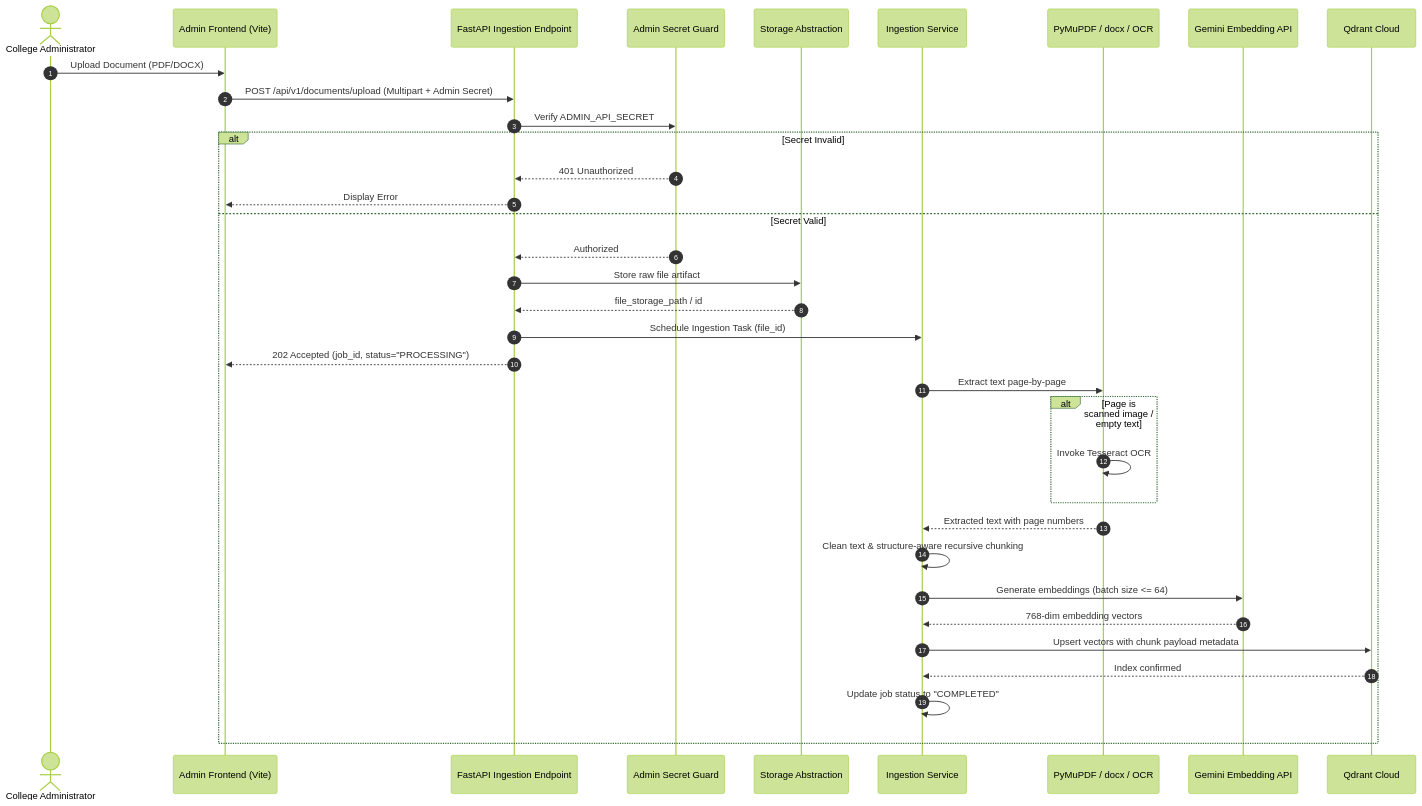
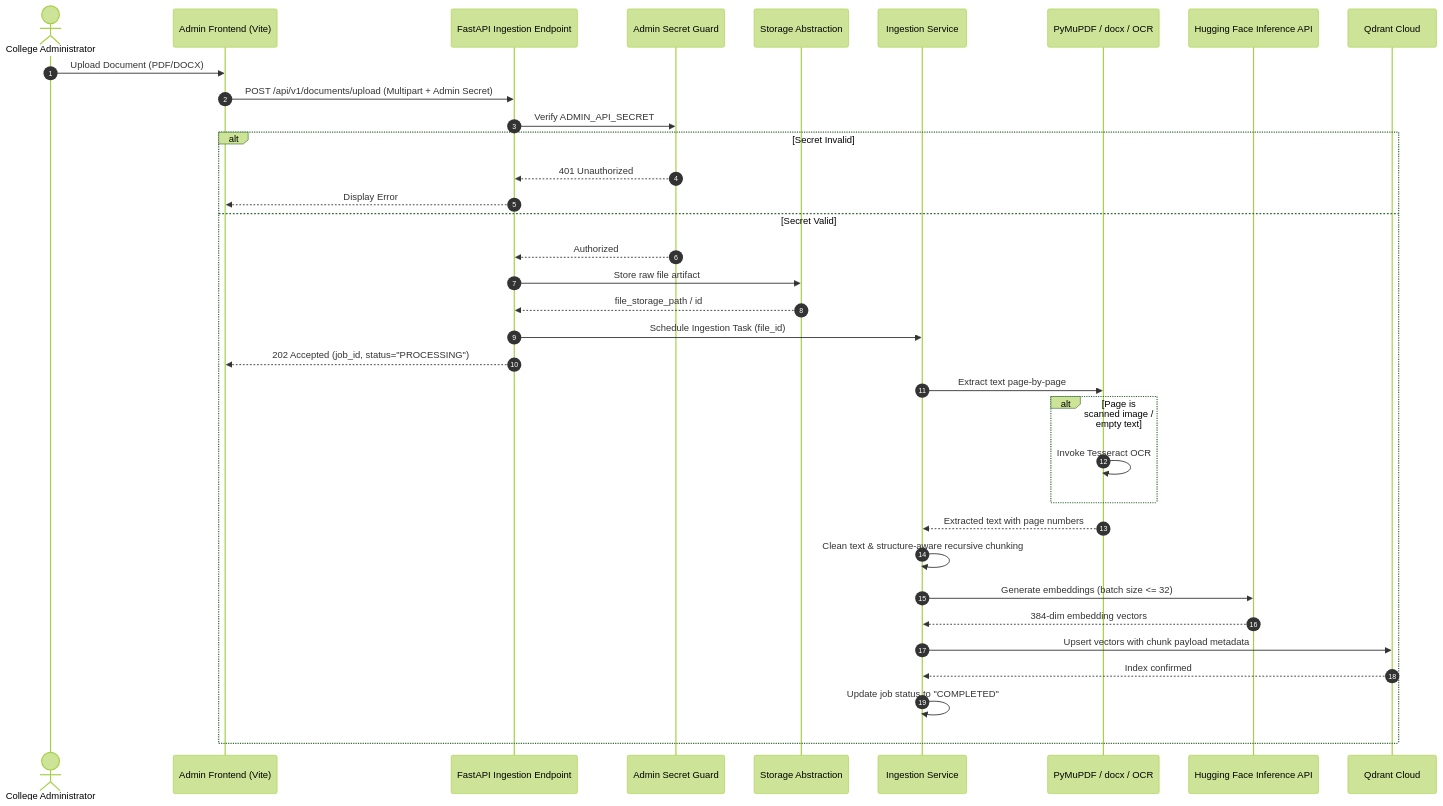
One commit to manmathk31/RAG-Based-College-Knowledge-Assistant changed the first of 2 diagrams in docs/architecture/DATA_FLOW.md. Above: the diagram before and after it, drawn with Mermaid (forest theme). The commit also changed other lines of this file and 29 other files, not shown here.

````diff
--- a/docs/architecture/DATA_FLOW.md
+++ b/docs/architecture/DATA_FLOW.md
@@ -13,41 +13,41 @@
 ```mermaid
 sequenceDiagram
     autonumber
     actor Admin as College Administrator
     participant AdminApp as Admin Frontend (Vite)
     participant API as FastAPI Ingestion Endpoint
     participant Guard as Admin Secret Guard
     participant Storage as Storage Abstraction
     participant Pipeline as Ingestion Service
     participant Extractor as PyMuPDF / docx / OCR
-    participant GeminiAPI as Gemini Embedding API
+    participant HFEmbed as Hugging Face Inference API
     participant Qdrant as Qdrant Cloud
 
     Admin->>AdminApp: Upload Document (PDF/DOCX)
     AdminApp->>API: POST /api/v1/documents/upload (Multipart + Admin Secret)
     API->>Guard: Verify ADMIN_API_SECRET
     alt Secret Invalid
         Guard-->>API: 401 Unauthorized
         API-->>AdminApp: Display Error
     else Secret Valid
         Guard-->>API: Authorized
         API->>Storage: Store raw file artifact
         Storage-->>API: file_storage_path / id
         API->>Pipeline: Schedule Ingestion Task (file_id)
         API-->>AdminApp: 202 Accepted (job_id, status="PROCESSING")
 
         Pipeline->>Extractor: Extract text page-by-page
         alt Page is scanned image / empty text
             Extractor->>Extractor: Invoke Tesseract OCR
         end
         Extractor-->>Pipeline: Extracted text with page numbers
 
         Pipeline->>Pipeline: Clean text & structure-aware recursive chunking
-        Pipeline->>GeminiAPI: Generate embeddings (batch size <= 64)
-        GeminiAPI-->>Pipeline: 768-dim embedding vectors
+        Pipeline->>HFEmbed: Generate embeddings (batch size <= 32)
+        HFEmbed-->>Pipeline: 384-dim embedding vectors
 
         Pipeline->>Qdrant: Upsert vectors with chunk payload metadata
         Qdrant-->>Pipeline: Index confirmed
         Pipeline->>Pipeline: Update job status to "COMPLETED"
     end
 ```
````
